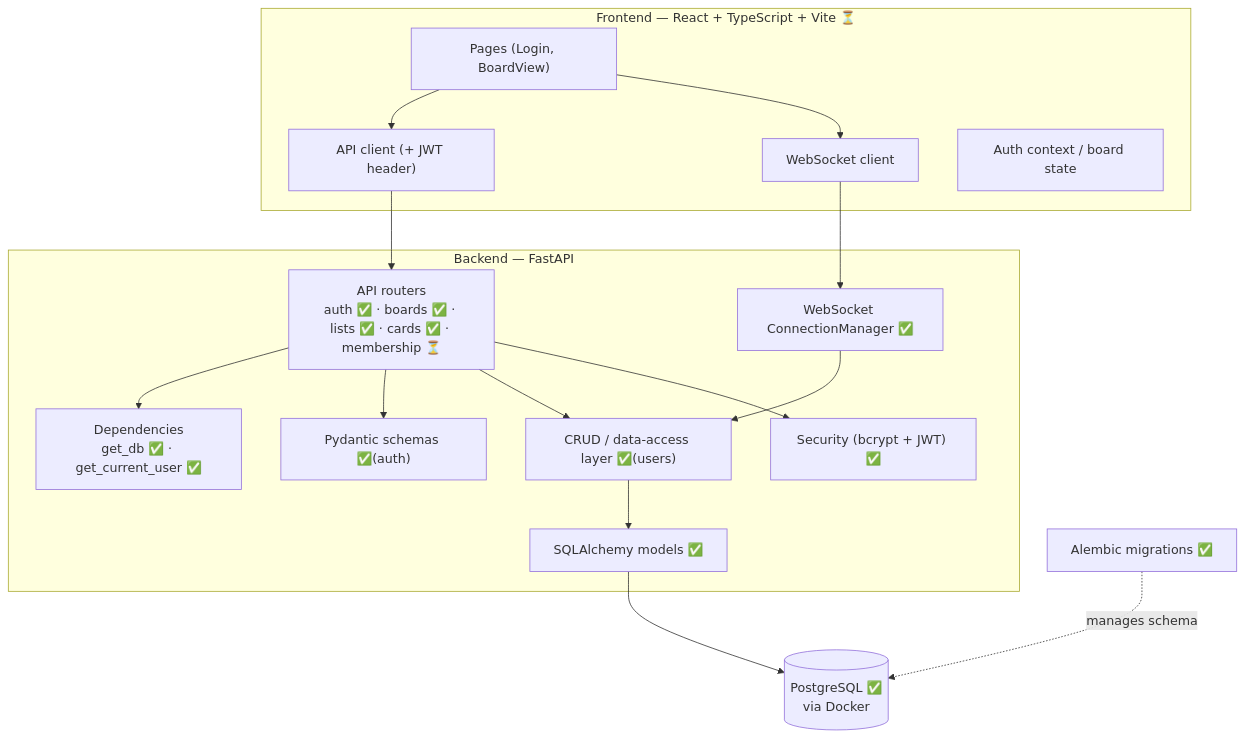
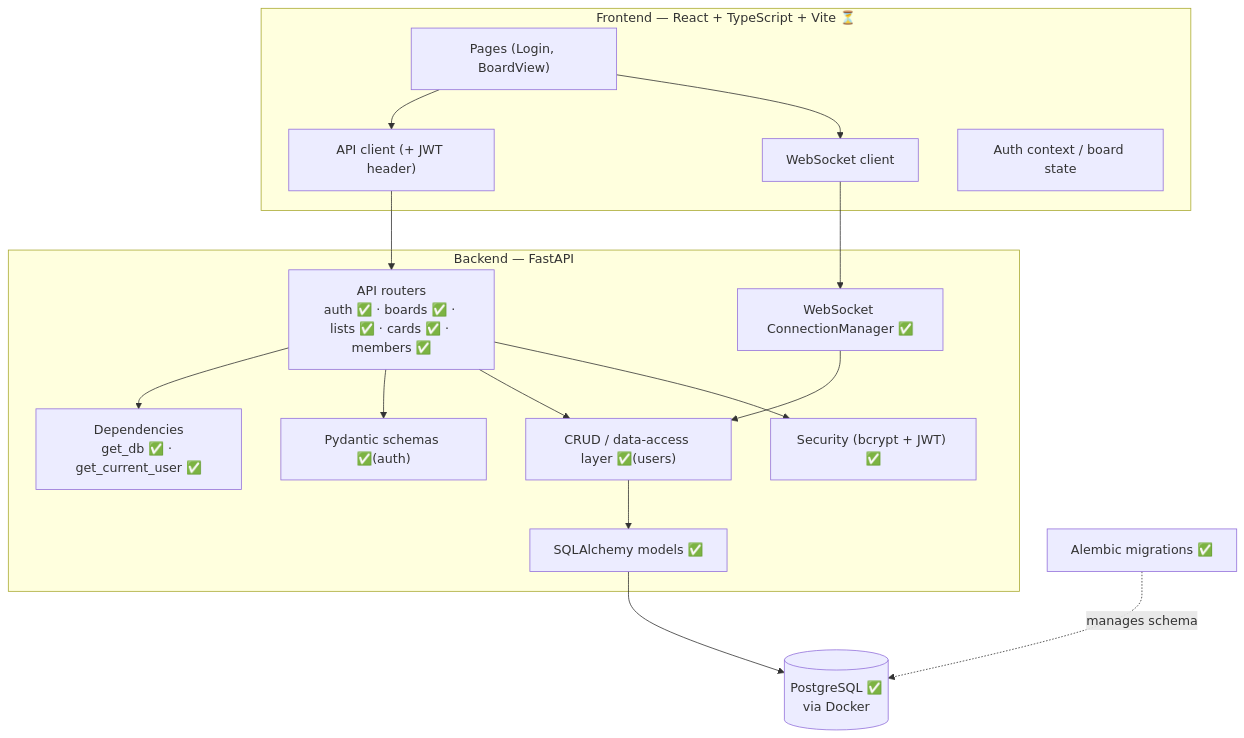
The second of 3 diagrams in docs/HLD.md (mittal-saksham/collab-task-board), drawn with Mermaid before and after one commit. The commit also changed other lines of this file and 9 other files, not shown here.

````diff
--- a/docs/HLD.md
+++ b/docs/HLD.md
@@ -59,31 +59,31 @@
 ```mermaid
 flowchart TB
     subgraph FE["Frontend — React + TypeScript + Vite ⏳"]
         Pages["Pages (Login, BoardView)"]
         ApiClient["API client (+ JWT header)"]
         WsClient["WebSocket client"]
         State["Auth context / board state"]
     end
 
     subgraph BE["Backend — FastAPI"]
-        Routers["API routers<br/>auth ✅ · boards ✅ · lists ✅ · cards ✅ · membership ⏳"]
+        Routers["API routers<br/>auth ✅ · boards ✅ · lists ✅ · cards ✅ · members ✅"]
         Deps["Dependencies<br/>get_db ✅ · get_current_user ✅"]
         CRUD["CRUD / data-access layer ✅(users)"]
         Models["SQLAlchemy models ✅"]
         Security["Security (bcrypt + JWT) ✅"]
         WSHub["WebSocket ConnectionManager ✅"]
         Schemas["Pydantic schemas ✅(auth)"]
     end
 
     DB[("PostgreSQL ✅<br/>via Docker")]
     Alembic["Alembic migrations ✅"]
 
     Pages --> ApiClient --> Routers
     Pages --> WsClient --> WSHub
     Routers --> Deps
     Routers --> Schemas
     Routers --> CRUD --> Models --> DB
     Routers --> Security
     WSHub --> CRUD
     Alembic -. manages schema .-> DB
 ```
````
